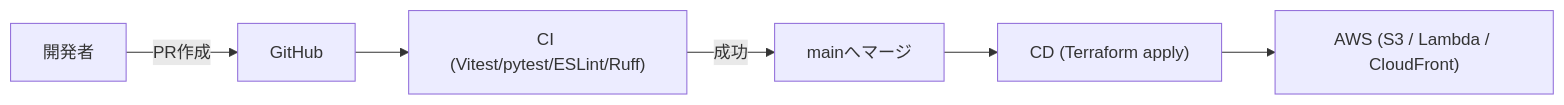
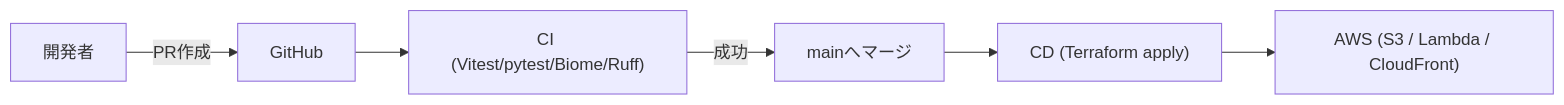
The second of 2 diagrams in README.md (EisukeHishikawa/adapt-sheet), drawn with Mermaid before and after one commit. The commit also changed other lines of this file and 55 other files, not shown here.

````diff
--- a/README.md
+++ b/README.md
@@ -55,8 +55,8 @@
 ```mermaid
 flowchart LR
     Dev["開発者"] -->|PR作成| GitHub["GitHub"]
-    GitHub --> CI["CI (Vitest/pytest/ESLint/Ruff)"]
+    GitHub --> CI["CI (Vitest/pytest/Biome/Ruff)"]
     CI -->|成功| Merge["mainへマージ"]
     Merge --> CD["CD (Terraform apply)"]
     CD --> AWSInfra["AWS (S3 / Lambda / CloudFront)"]
 ```
````
